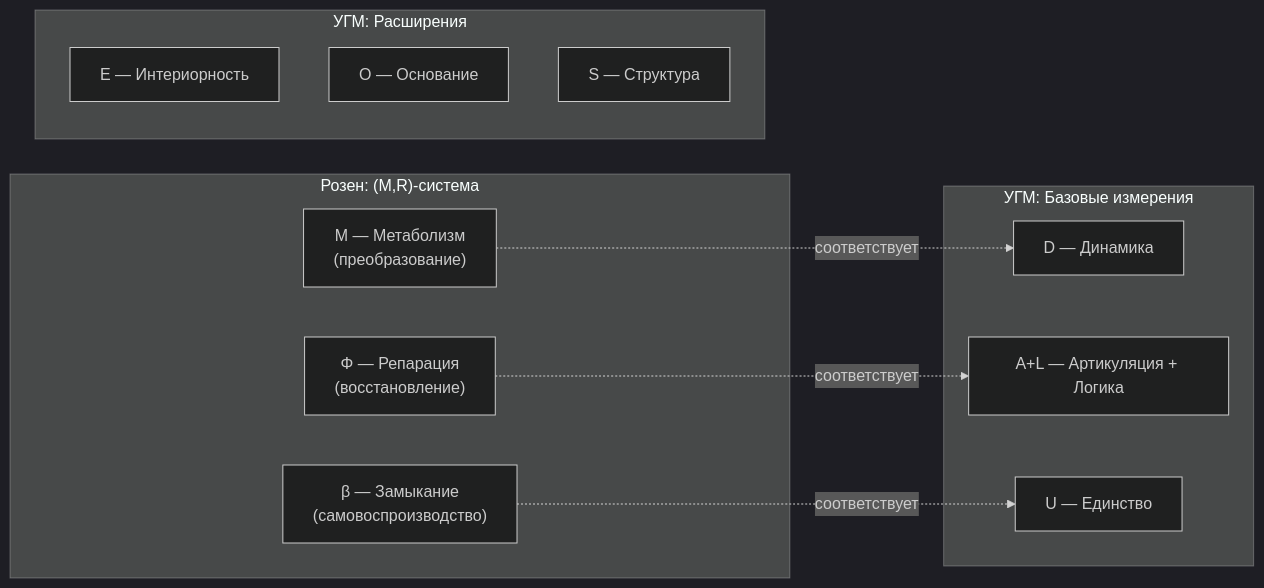
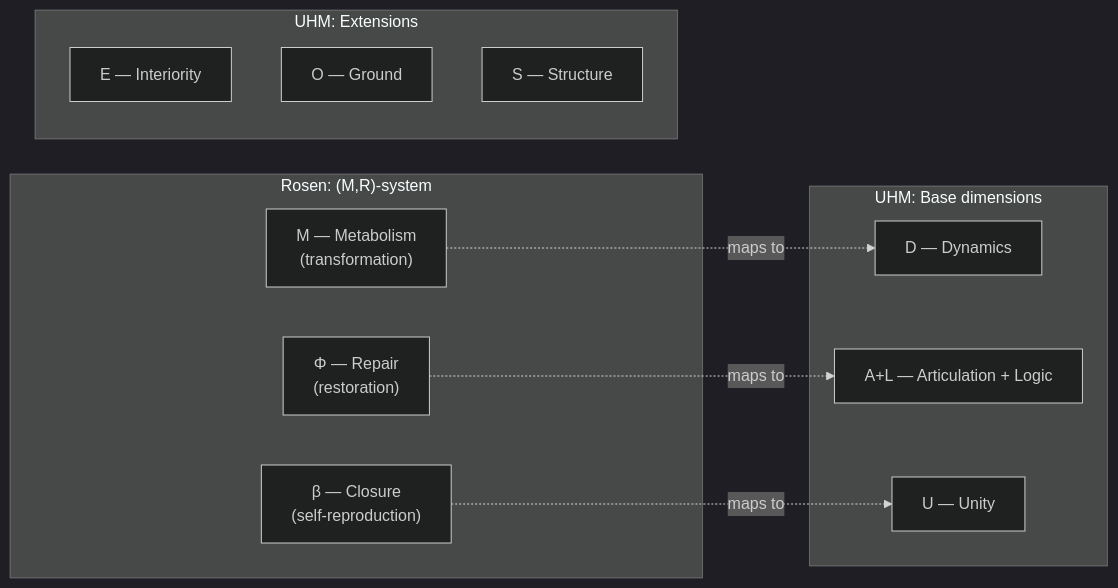
One commit to gst-st/uhm changed the diagram in website/docs/core/foundations/axiom-septicity.md. Above: the diagram before and after it, drawn with Mermaid (dark theme). The commit also changed other lines of this file and 3 other files, not shown here.

````diff
--- a/website/docs/core/foundations/axiom-septicity.md
+++ b/website/docs/core/foundations/axiom-septicity.md
@@ -1123,21 +1121,21 @@
 ```mermaid
 graph LR
-    subgraph "Розен: (M,R)-система"
-        M["M — Метаболизм<br/>(преобразование)"]
-        RP["Φ — Репарация<br/>(восстановление)"]
-        B["β — Замыкание<br/>(самовоспроизводство)"]
+    subgraph "Rosen: (M,R)-system"
+        M["M — Metabolism<br/>(transformation)"]
+        RP["Φ — Repair<br/>(restoration)"]
+        B["β — Closure<br/>(self-reproduction)"]
     end
-    subgraph "УГМ: Базовые измерения"
-        D["D — Динамика"]
-        AL["A+L — Артикуляция + Логика"]
-        U["U — Единство"]
+    subgraph "UHM: Base dimensions"
+        D["D — Dynamics"]
+        AL["A+L — Articulation + Logic"]
+        U["U — Unity"]
     end
-    subgraph "УГМ: Расширения"
-        E["E — Интериорность"]
-        O["O — Основание"]
-        S["S — Структура"]
+    subgraph "UHM: Extensions"
+        E["E — Interiority"]
+        O["O — Ground"]
+        S["S — Structure"]
     end
-    M -.->|"соответствует"| D
-    RP -.->|"соответствует"| AL
-    B -.->|"соответствует"| U
+    M -.->|"maps to"| D
+    RP -.->|"maps to"| AL
+    B -.->|"maps to"| U
 ```
````
